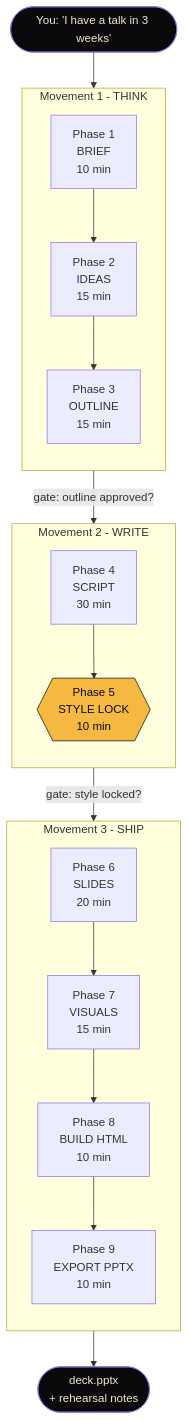
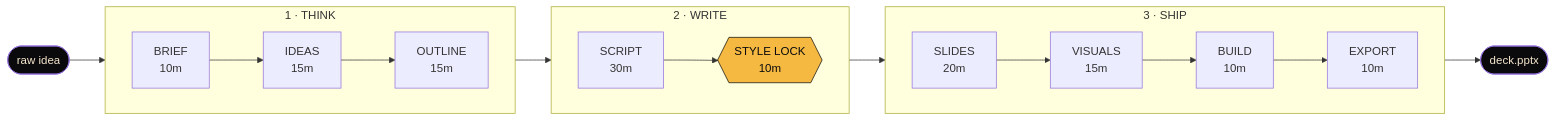
One commit to sonpiaz/talk-prep changed the first of 2 diagrams in README.md. Above: the diagram before and after it, drawn with Mermaid.

Commit message:
docs(readme): horizontal flow diagram, shorter labels

````diff
--- a/README.md
+++ b/README.md
@@ -21,30 +21,27 @@
 ```mermaid
-flowchart TD
-    Start([You: 'I have a talk in 3 weeks']) --> P1
+flowchart LR
+    Start([raw idea]) --> P1
 
-    subgraph THINK [Movement 1 - THINK]
-        direction TB
-        P1[Phase 1<br/>BRIEF<br/>10 min] --> P2[Phase 2<br/>IDEAS<br/>15 min]
-        P2 --> P3[Phase 3<br/>OUTLINE<br/>15 min]
+    subgraph THINK [1 · THINK]
+        direction LR
+        P1[BRIEF<br/>10m] --> P2[IDEAS<br/>15m] --> P3[OUTLINE<br/>15m]
     end
 
-    subgraph WRITE [Movement 2 - WRITE]
-        direction TB
-        P4[Phase 4<br/>SCRIPT<br/>30 min] --> P5{{Phase 5<br/>STYLE LOCK<br/>10 min}}
+    subgraph WRITE [2 · WRITE]
+        direction LR
+        P4[SCRIPT<br/>30m] --> P5{{STYLE LOCK<br/>10m}}
     end
 
-    subgraph SHIP [Movement 3 - SHIP]
-        direction TB
-        P6[Phase 6<br/>SLIDES<br/>20 min] --> P7[Phase 7<br/>VISUALS<br/>15 min]
-        P7 --> P8[Phase 8<br/>BUILD HTML<br/>10 min]
-        P8 --> P9[Phase 9<br/>EXPORT PPTX<br/>10 min]
+    subgraph SHIP [3 · SHIP]
+        direction LR
+        P6[SLIDES<br/>20m] --> P7[VISUALS<br/>15m] --> P8[BUILD<br/>10m] --> P9[EXPORT<br/>10m]
     end
 
-    P3 -->|gate: outline approved?| P4
-    P5 -->|gate: style locked?| P6
-    P9 --> Done([deck.pptx<br/>+ rehearsal notes])
+    P3 --> P4
+    P5 --> P6
+    P9 --> Done([deck.pptx])
 
     style P5 fill:#F5B942,stroke:#0A0A0C,color:#0A0A0C
     style Done fill:#0A0A0C,color:#F5E6CE
     style Start fill:#0A0A0C,color:#F5E6CE
 ```
````
